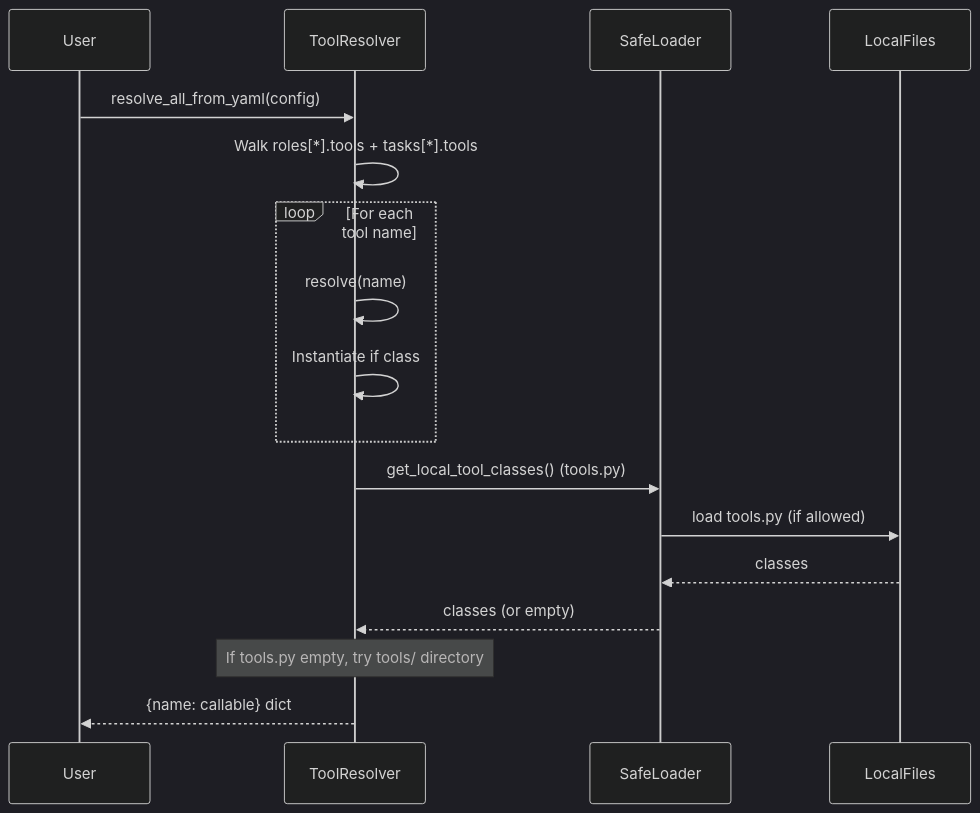
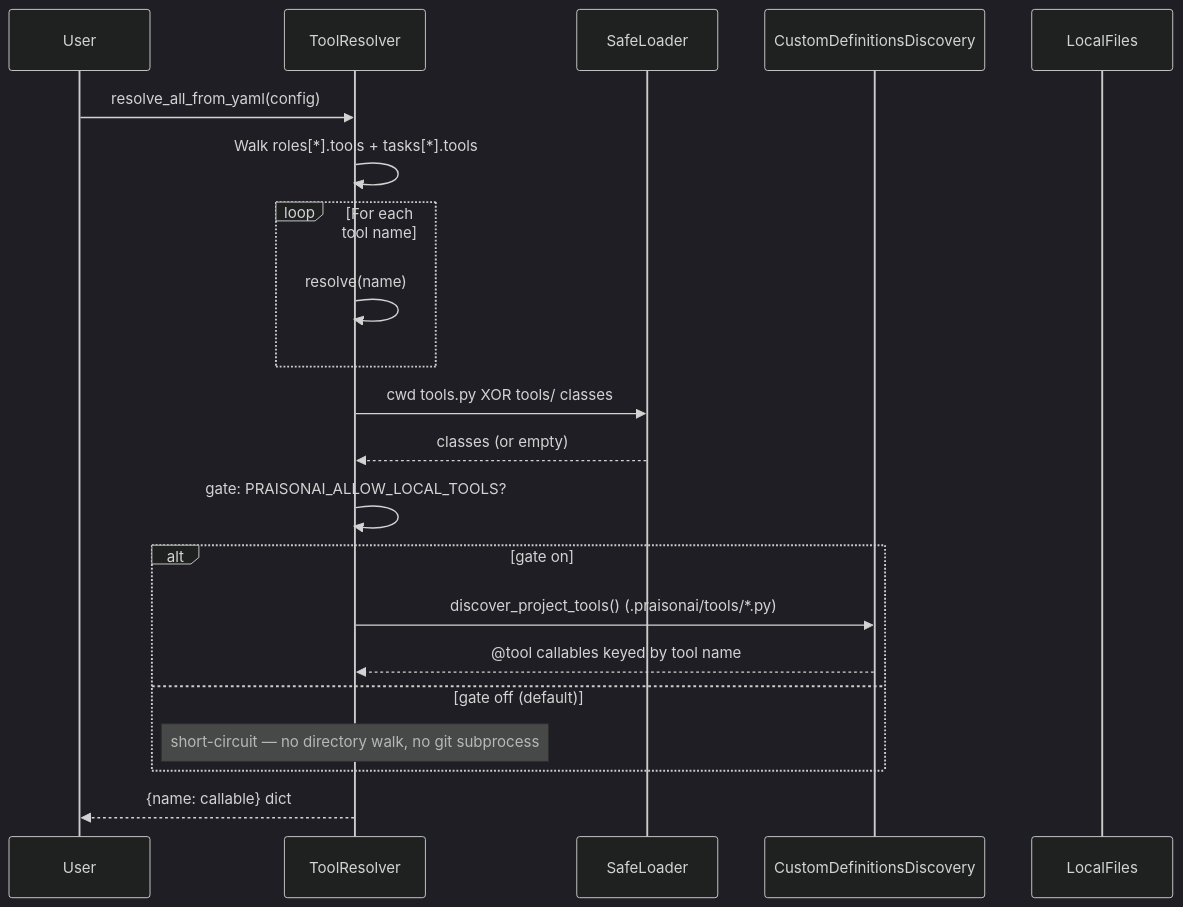
One commit to MervinPraison/PraisonAIDocs changed the sixth of 7 diagrams in docs/features/tool-resolver.mdx. Above: the diagram before and after it, drawn with Mermaid (dark theme). The commit also changed other lines of this file and 2 other files, not shown here.

First line of the commit message:
docs: document .praisonai/tools/ @tool discovery in YAML tool resolution (fixes #2073)

````diff
--- a/docs/features/tool-resolver.mdx
+++ b/docs/features/tool-resolver.mdx
@@ -434,20 +434,24 @@
 ```mermaid
 sequenceDiagram
     participant User
     participant ToolResolver
     participant SafeLoader
+    participant Discovery as CustomDefinitionsDiscovery
     participant LocalFiles
 
     User->>ToolResolver: resolve_all_from_yaml(config)
     ToolResolver->>ToolResolver: Walk roles[*].tools + tasks[*].tools
     loop For each tool name
         ToolResolver->>ToolResolver: resolve(name)
-        ToolResolver->>ToolResolver: Instantiate if class
     end
-    ToolResolver->>SafeLoader: get_local_tool_classes() (tools.py)
-    SafeLoader->>LocalFiles: load tools.py (if allowed)
-    LocalFiles-->>SafeLoader: classes
+    ToolResolver->>SafeLoader: cwd tools.py XOR tools/ classes
     SafeLoader-->>ToolResolver: classes (or empty)
-    Note over ToolResolver: If tools.py empty, try tools/ directory
+    ToolResolver->>ToolResolver: gate: PRAISONAI_ALLOW_LOCAL_TOOLS?
+    alt gate on
+        ToolResolver->>Discovery: discover_project_tools() (.praisonai/tools/*.py)
+        Discovery-->>ToolResolver: @tool callables keyed by tool name
+    else gate off (default)
+        Note over ToolResolver: short-circuit — no directory walk, no git subprocess
+    end
     ToolResolver-->>User: {name: callable} dict
 ```
````
